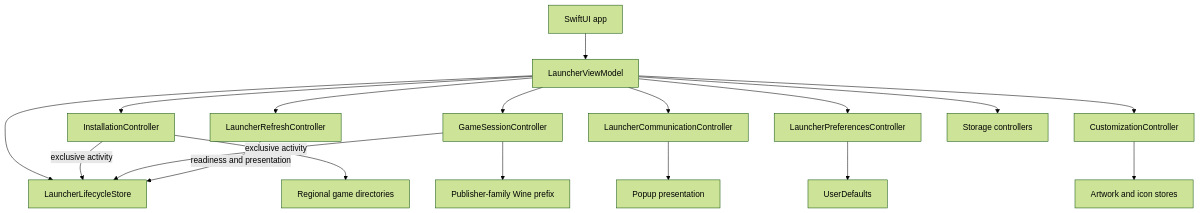
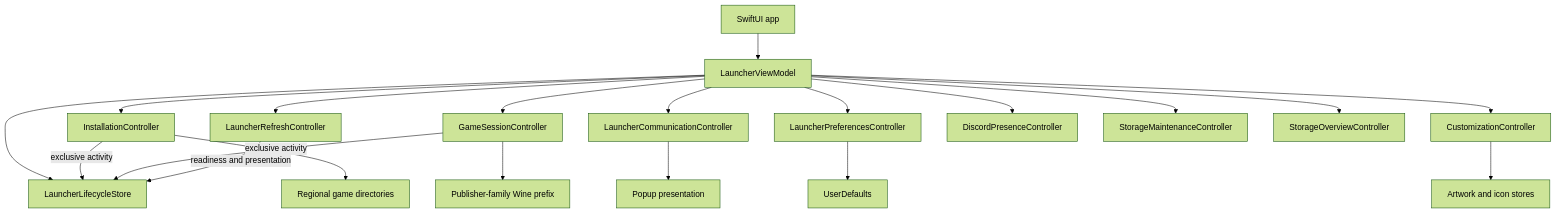
One commit to LuMiSxh/Arknights-MacOS-Client changed the diagram in docs/development/architecture/README.md. Above: the diagram before and after it, drawn with Mermaid (forest theme). The commit also changed other lines of this file and 19 other files, not shown here.

````diff
--- a/docs/development/architecture/README.md
+++ b/docs/development/architecture/README.md
@@ -21,20 +21,22 @@
 ```mermaid
 flowchart TB
 	App[SwiftUI app] --> Root[LauncherViewModel]
 	Root --> Lifecycle[LauncherLifecycleStore]
 	Root --> Install[InstallationController]
 	Root --> Game[GameSessionController]
 	Root --> Refresh[LauncherRefreshController]
 	Root --> Communication[LauncherCommunicationController]
 	Root --> Settings[LauncherPreferencesController]
 	Root --> Customization[CustomizationController]
-	Root --> Storage[Storage controllers]
+	Root --> Presence[DiscordPresenceController]
+	Root --> Storage[StorageMaintenanceController]
+	Root --> StorageOverview[StorageOverviewController]
 	Install -->|exclusive activity| Lifecycle
 	Game -->|exclusive activity| Lifecycle
 	Refresh -->|readiness and presentation| Lifecycle
 	Communication --> Popup[Popup presentation]
 	Customization --> Assets[Artwork and icon stores]
 	Settings --> Defaults[UserDefaults]
 	Install --> GameFiles[Regional game directories]
 	Game --> Prefix[Publisher-family Wine prefix]
 ```
````
